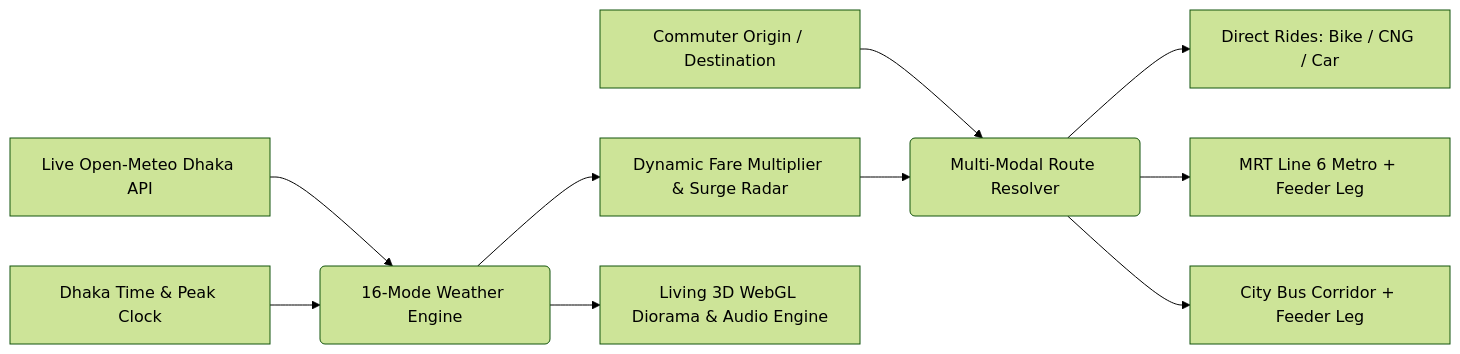
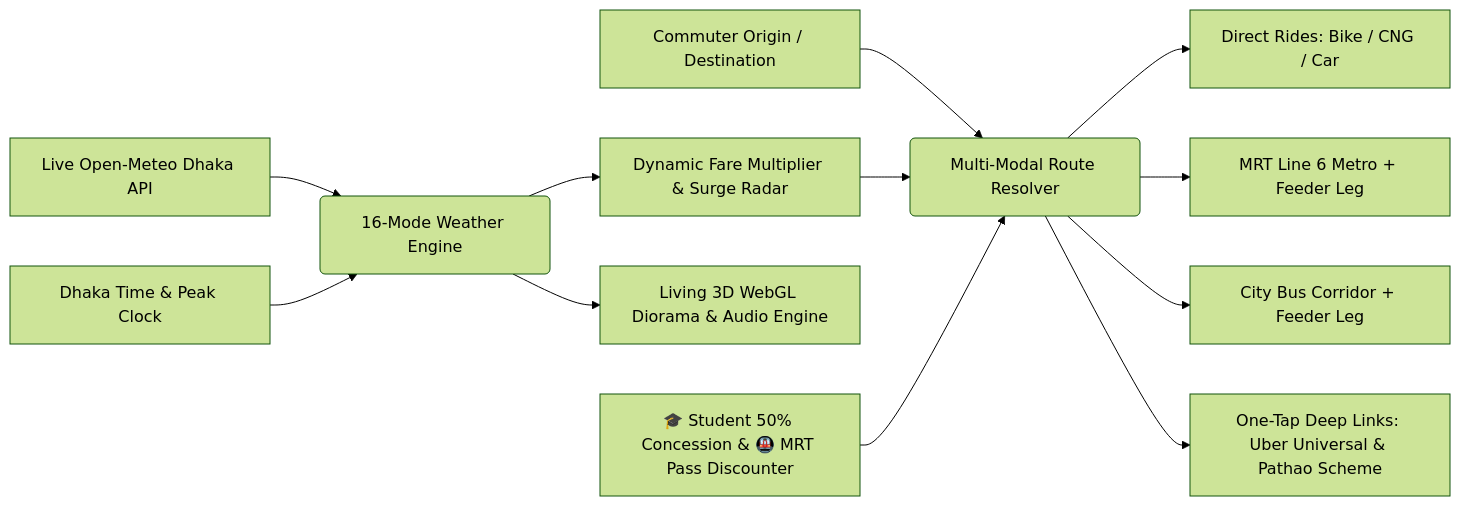
The diagram in README.md (AmiyoTheAnalyst/BharaDekhi), drawn with Mermaid (forest theme) before and after one commit. The commit also changed other lines of this file and 1 other file, not shown here.

Commit message:
docs(readme): add bus & feeder animation to banner, document Uber & Pathao deep-links and student pass

````diff
--- a/README.md
+++ b/README.md
@@ -40,14 +40,16 @@
 ```mermaid
 graph LR
     A[Commuter Origin / Destination] --> B(Multi-Modal Route Resolver)
     B --> C[Direct Rides: Bike / CNG / Car]
     B --> D[MRT Line 6 Metro + Feeder Leg]
     B --> E[City Bus Corridor + Feeder Leg]
+    B --> K[One-Tap Deep Links: Uber Universal & Pathao Scheme]
     
     F[Live Open-Meteo Dhaka API] --> G(16-Mode Weather Engine)
     H[Dhaka Time & Peak Clock] --> G
     G --> I[Dynamic Fare Multiplier & Surge Radar]
     G --> J[Living 3D WebGL Diorama & Audio Engine]
     
     I --> B
+    L[🎓 Student 50% Concession & 🚇 MRT Pass Discounter] --> B
 ```
````
